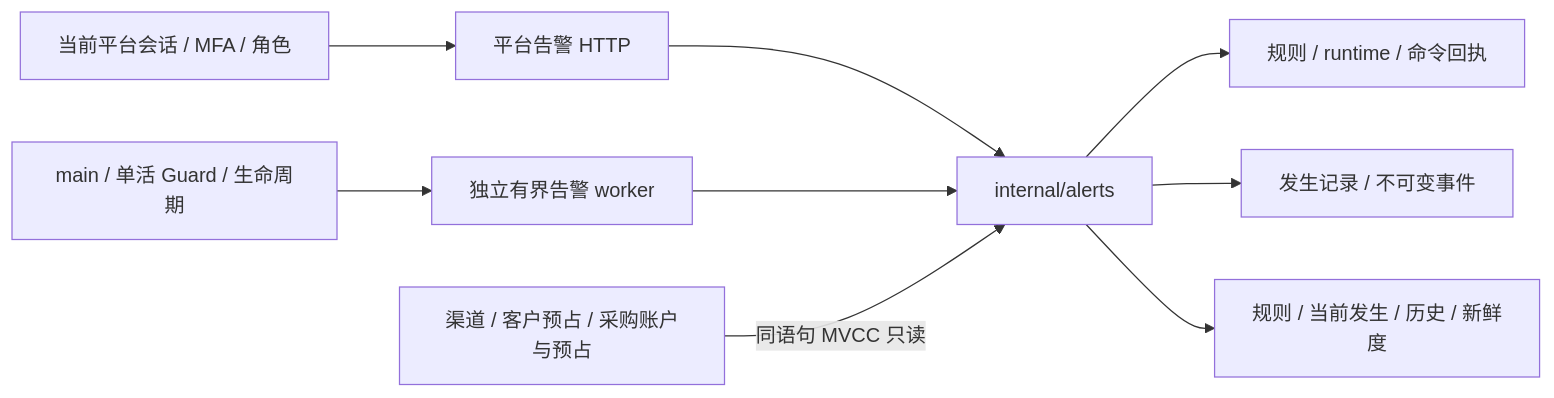
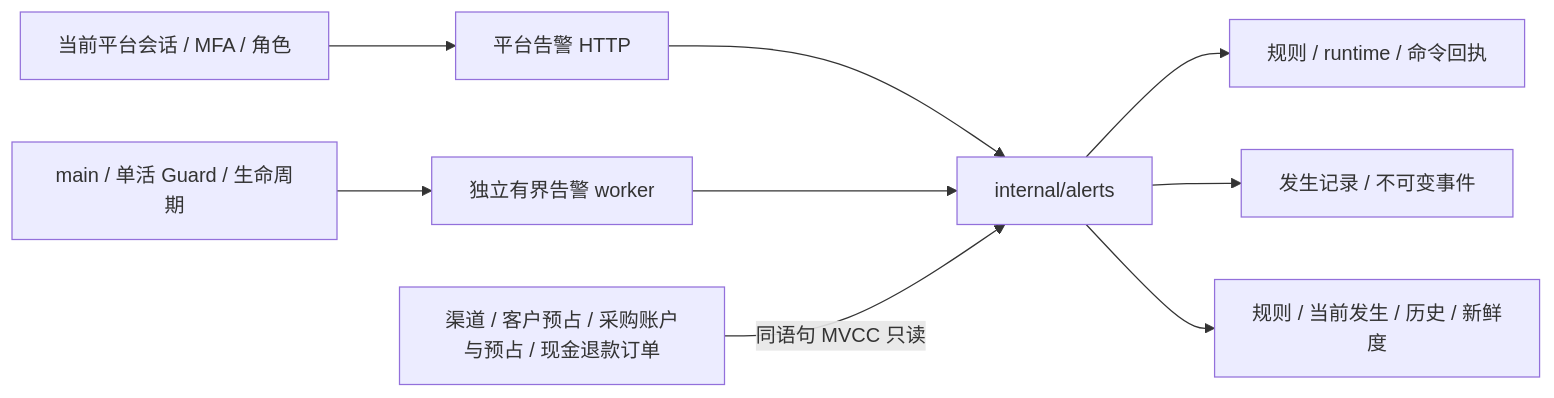
One commit to workhold/moni-aigate changed the first of 3 diagrams in docs/design/extension-platform.md. Above: the diagram before and after it, drawn with Mermaid. The commit also changed other lines of this file and 50 other files, not shown here.

````diff
--- a/docs/design/extension-platform.md
+++ b/docs/design/extension-platform.md
@@ -15,11 +15,11 @@
 ```mermaid
 flowchart LR
     Session[当前平台会话 / MFA / 角色] --> API[平台告警 HTTP]
     API --> Alerts[internal/alerts]
     Main[main / 单活 Guard / 生命周期] --> Worker[独立有界告警 worker]
     Worker --> Alerts
     Alerts --> Rules[规则 / runtime / 命令回执]
     Alerts --> Episodes[发生记录 / 不可变事件]
-    Source[渠道 / 客户预占 / 采购账户与预占] -->|同语句 MVCC 只读| Alerts
+    Source[渠道 / 客户预占 / 采购账户与预占 / 现金退款订单] -->|同语句 MVCC 只读| Alerts
     Alerts --> UI[规则 / 当前发生 / 历史 / 新鲜度]
 ```
````
